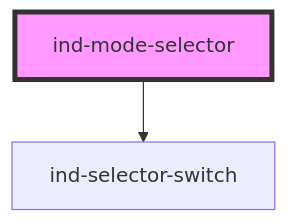
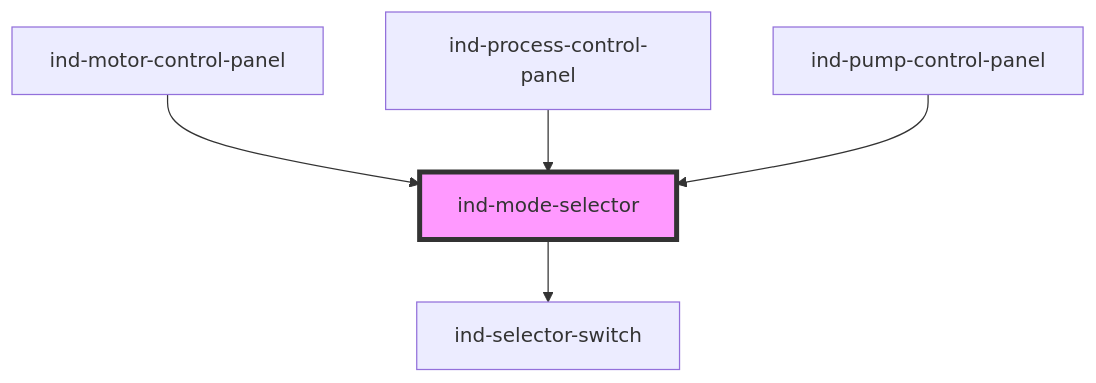
Before and after one commit to christophe77/in-ds: the diagram in packages/core/src/components/molecules/mode-selector/readme.md, drawn with Mermaid. The commit also changed other lines of this file and 106 other files, not shown here.

````diff
--- a/packages/core/src/components/molecules/mode-selector/readme.md
+++ b/packages/core/src/components/molecules/mode-selector/readme.md
@@ -45,5 +51,8 @@
 ```mermaid
 graph TD;
   ind-mode-selector --> ind-selector-switch
+  ind-motor-control-panel --> ind-mode-selector
+  ind-process-control-panel --> ind-mode-selector
+  ind-pump-control-panel --> ind-mode-selector
   style ind-mode-selector fill:#f9f,stroke:#333,stroke-width:4px
 ```
````
